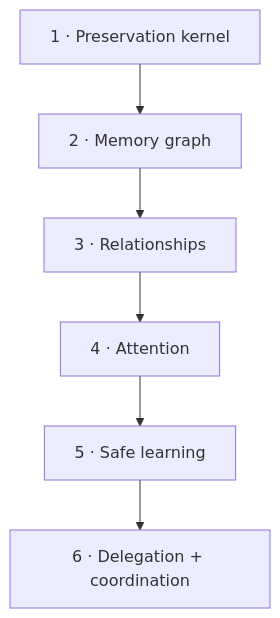
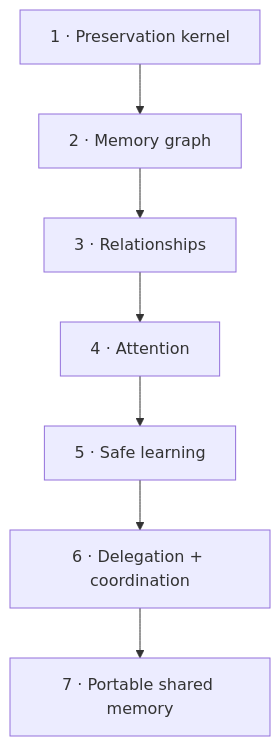
One commit to Maykbiletti/AgentSpine changed the diagram in docs/roadmap.md. Above: the diagram before and after it, drawn with Mermaid. The commit also changed other lines of this file and 19 other files, not shown here.

Commit message:
feat: add quarantined shared memory adapters

````diff
--- a/docs/roadmap.md
+++ b/docs/roadmap.md
@@ -5,8 +5,9 @@
 ```mermaid
 flowchart TB
     A["1 · Preservation kernel"] --> B["2 · Memory graph"]
     B --> C["3 · Relationships"]
     C --> D["4 · Attention"]
     D --> E["5 · Safe learning"]
     E --> F["6 · Delegation + coordination"]
+    F --> G["7 · Portable shared memory"]
 ```
````
